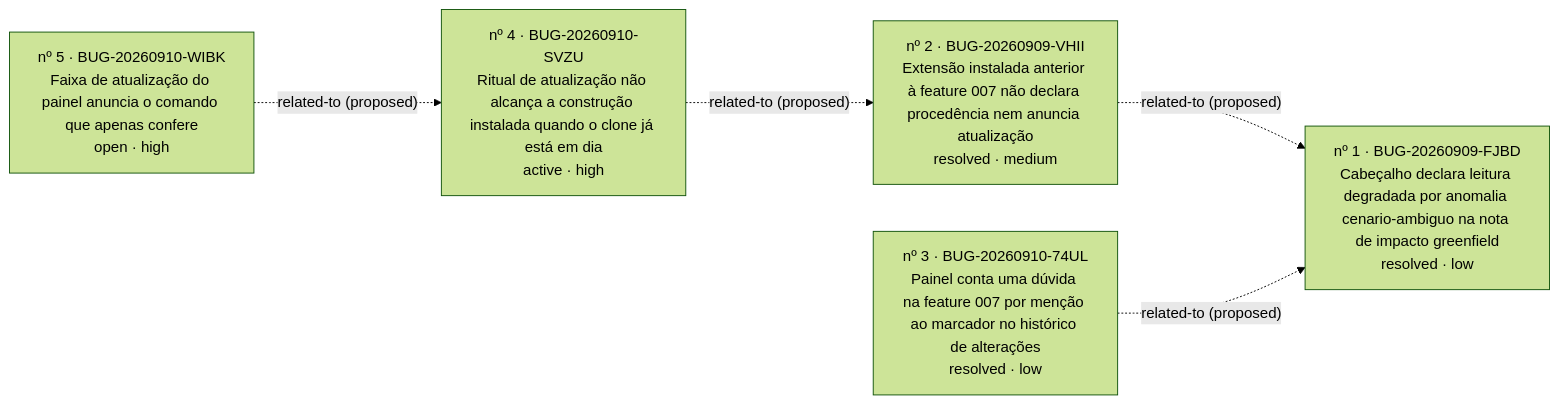
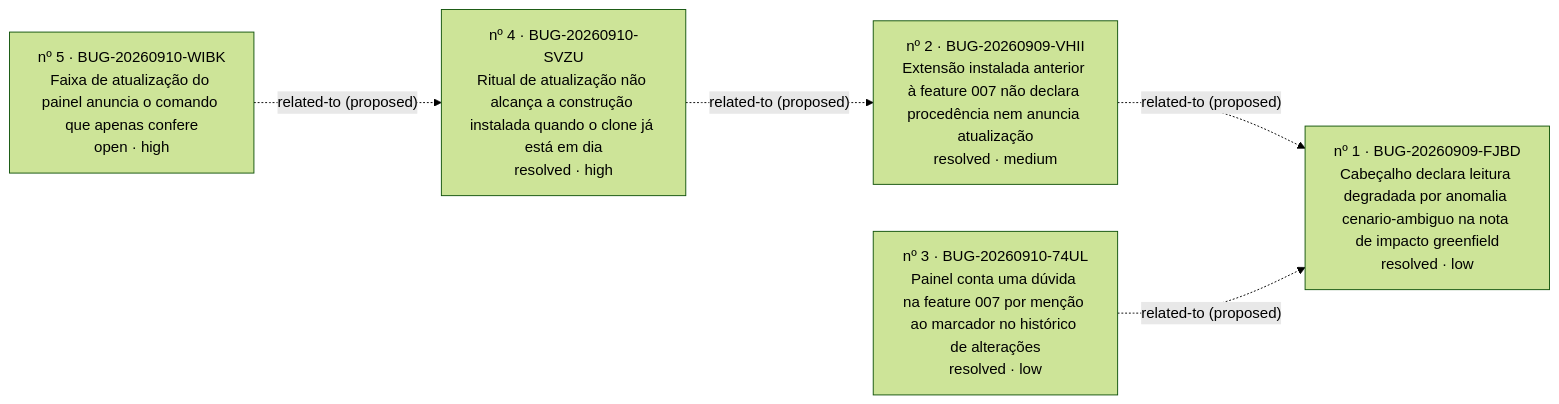
One commit to iago-leal/reversa-views changed the diagram in _reversa_bugs/painel-do-processo/generated/graph.md. Above: the diagram before and after it, drawn with Mermaid (forest theme). The commit also changed other lines of this file and 9 other files, not shown here.

````diff
--- a/_reversa_bugs/painel-do-processo/generated/graph.md
+++ b/_reversa_bugs/painel-do-processo/generated/graph.md
@@ -4,12 +4,12 @@
 ```mermaid
 graph LR
   BUG_20260909_FJBD["nº 1 · BUG-20260909-FJBD<br/>Cabeçalho declara leitura degradada por anomalia cenario-ambiguo na nota de impacto greenfield<br/>resolved · low"]
   BUG_20260909_VHII["nº 2 · BUG-20260909-VHII<br/>Extensão instalada anterior à feature 007 não declara procedência nem anuncia atualização<br/>resolved · medium"]
   BUG_20260910_74UL["nº 3 · BUG-20260910-74UL<br/>Painel conta uma dúvida na feature 007 por menção ao marcador no histórico de alterações<br/>resolved · low"]
-  BUG_20260910_SVZU["nº 4 · BUG-20260910-SVZU<br/>Ritual de atualização não alcança a construção instalada quando o clone já está em dia<br/>active · high"]
+  BUG_20260910_SVZU["nº 4 · BUG-20260910-SVZU<br/>Ritual de atualização não alcança a construção instalada quando o clone já está em dia<br/>resolved · high"]
   BUG_20260910_WIBK["nº 5 · BUG-20260910-WIBK<br/>Faixa de atualização do painel anuncia o comando que apenas confere<br/>open · high"]
   BUG_20260909_VHII -. related-to (proposed) .-> BUG_20260909_FJBD
   BUG_20260910_74UL -. related-to (proposed) .-> BUG_20260909_FJBD
   BUG_20260910_SVZU -. related-to (proposed) .-> BUG_20260909_VHII
   BUG_20260910_WIBK -. related-to (proposed) .-> BUG_20260910_SVZU
 ```
````
